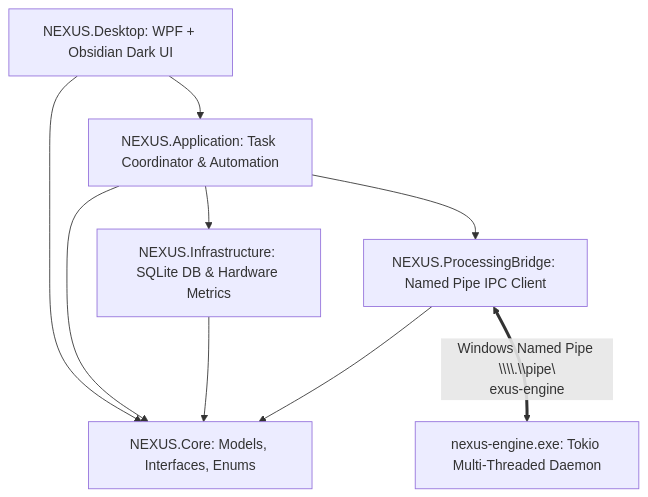
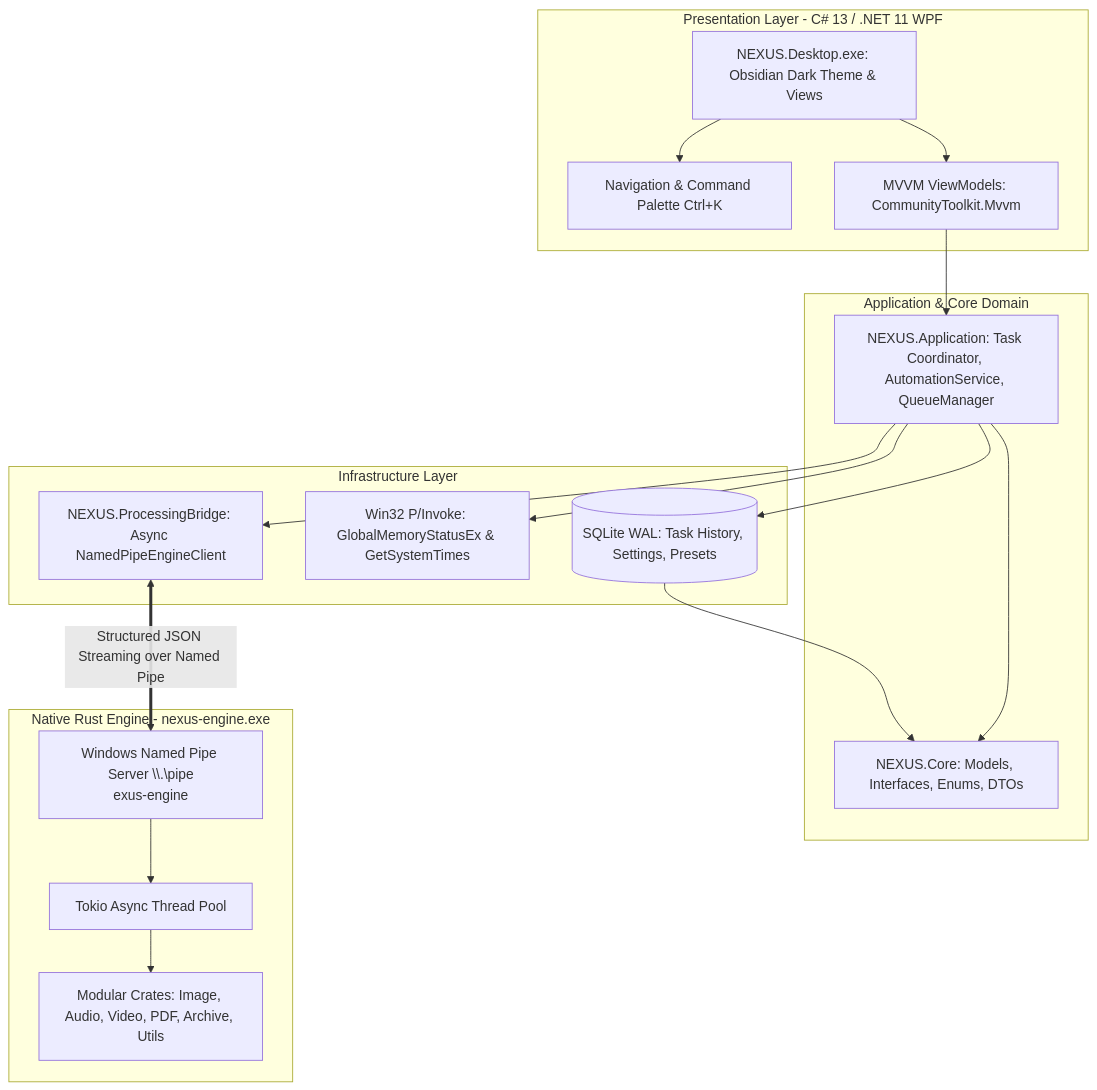
Before and after one commit to Rohanjm911/NEXUS: the diagram in README.md, drawn with Mermaid. The commit also changed other lines of this file, not shown here.

Commit message:
docs: comprehensive update to README.md covering architecture, launch methods, studios, and test suites

````diff
--- a/README.md
+++ b/README.md
@@ -84,19 +57,37 @@
 ```mermaid
 graph TD
-    UI[NEXUS.Desktop: WPF + Obsidian Dark UI]
-    App[NEXUS.Application: Task Coordinator & Automation]
-    Core[NEXUS.Core: Models, Interfaces, Enums]
-    Infra[NEXUS.Infrastructure: SQLite DB & Hardware Metrics]
-    Bridge[NEXUS.ProcessingBridge: Named Pipe IPC Client]
-    RustEngine[nexus-engine.exe: Tokio Multi-Threaded Daemon]
+    subgraph UI_Layer [Presentation Layer - C# 13 / .NET 11 WPF]
+        UI[NEXUS.Desktop.exe: Obsidian Dark Theme & Views]
+        Nav[Navigation & Command Palette Ctrl+K]
+        VM[MVVM ViewModels: CommunityToolkit.Mvvm]
+        UI --> Nav
+        UI --> VM
+    end
 
-    UI --> Core
-    UI --> App
-    App --> Core
-    App --> Bridge
-    App --> Infra
-    Infra --> Core
-    Bridge --> Core
+    subgraph App_Layer [Application & Core Domain]
+        App[NEXUS.Application: Task Coordinator, AutomationService, QueueManager]
+        Core[NEXUS.Core: Models, Interfaces, Enums, DTOs]
+        VM --> App
+        App --> Core
+    end
 
-    Bridge <==>|Windows Named Pipe \\\\.\\pipe\\nexus-engine| RustEngine
+    subgraph Infra_Layer [Infrastructure Layer]
+        DB[(SQLite WAL: Task History, Settings, Presets)]
+        Telemetry[Win32 P/Invoke: GlobalMemoryStatusEx & GetSystemTimes]
+        Bridge[NEXUS.ProcessingBridge: Async NamedPipeEngineClient]
+        App --> DB
+        App --> Telemetry
+        App --> Bridge
+        DB --> Core
+    end
+
+    subgraph Rust_Daemon [Native Rust Engine - nexus-engine.exe]
+        IPCServer[Windows Named Pipe Server \\.\pipe\nexus-engine]
+        TokioPool[Tokio Async Thread Pool]
+        Crates[Modular Crates: Image, Audio, Video, PDF, Archive, Utils]
+        IPCServer --> TokioPool
+        TokioPool --> Crates
+    end
+
+    Bridge <==>|Structured JSON Streaming over Named Pipe| IPCServer
 ```
````
